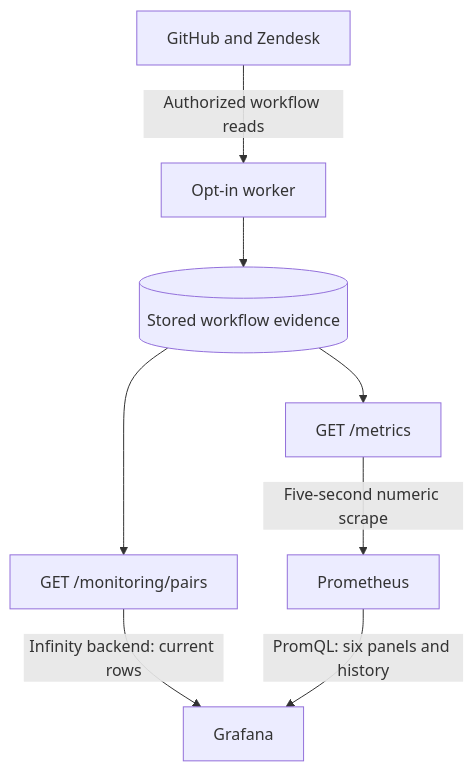
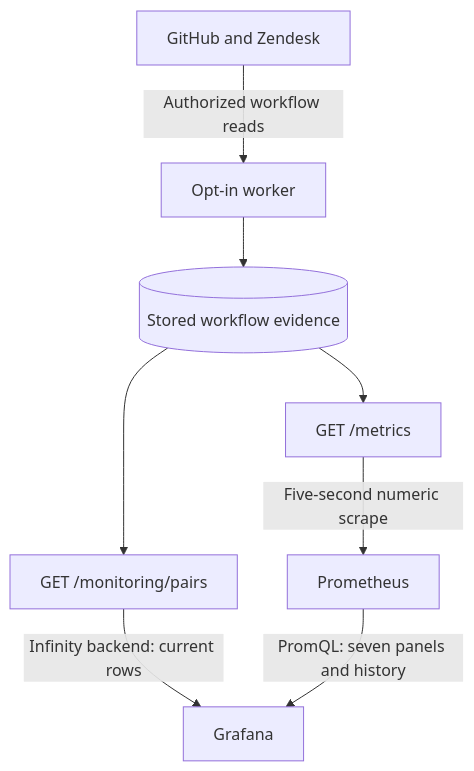
One commit to AlbertFlorescu/support-bridge changed the diagram in docs/OBSERVABILITY.md. Above: the diagram before and after it, drawn with Mermaid. The commit also changed other lines of this file and 72 other files, not shown here.

````diff
--- a/docs/OBSERVABILITY.md
+++ b/docs/OBSERVABILITY.md
@@ -15,10 +15,10 @@
 ```mermaid
 flowchart TB
     Vendors["GitHub and Zendesk"] -->|"Authorized workflow reads"| Worker["Opt-in worker"]
     Worker --> State[("Stored workflow evidence")]
     State --> Table["GET /monitoring/pairs"]
     Table -->|"Infinity backend: current rows"| Grafana
     State --> Metrics["GET /metrics"]
     Metrics -->|"Five-second numeric scrape"| Prometheus
-    Prometheus -->|"PromQL: six panels and history"| Grafana
+    Prometheus -->|"PromQL: seven panels and history"| Grafana
 ```
````
